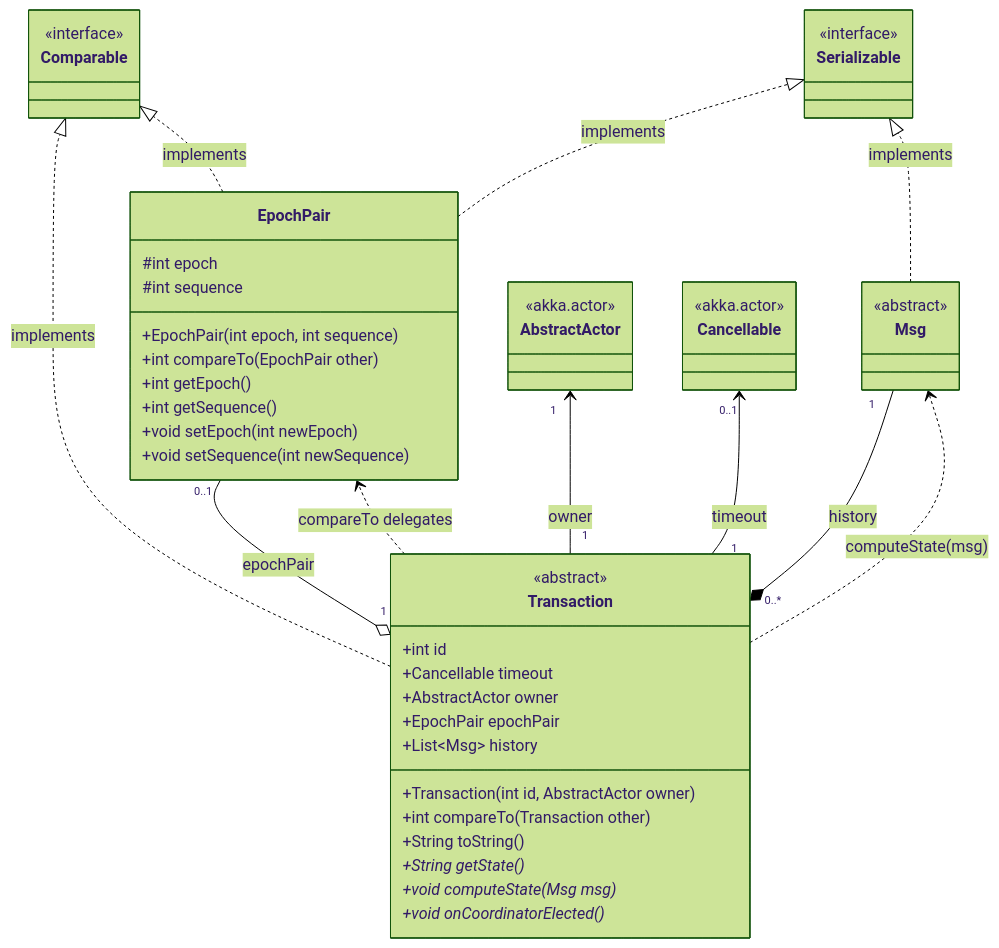
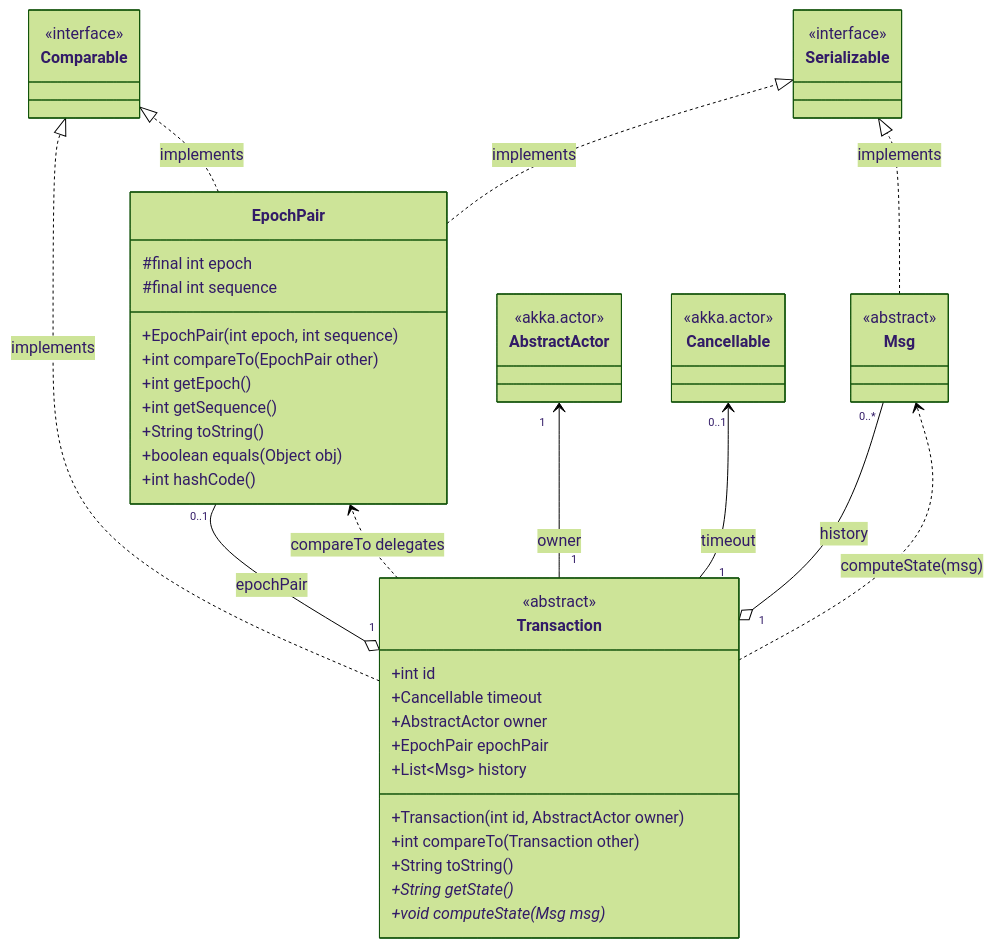
Before and after one commit to alanmasu/CoreDump_DS_Project: the diagram in charts/TransactionClass_UML.mmd, drawn with Mermaid. The commit also changed 1 other file, not shown here.

Commit message:
refactor: Update EpochPair class UNK with final attributes and add equals/hashCode methods

```diff
--- a/charts/TransactionClass_UML.mmd
+++ b/charts/TransactionClass_UML.mmd
@@ -1,87 +1,87 @@
 ---
 config:
   theme: forest
 ---
 classDiagram
 
     direction BT
     
     class Transaction {
         <<abstract>>
         +int id
         +Cancellable timeout
         +AbstractActor owner
         +EpochPair epochPair
         +List~Msg~ history
         +Transaction(int id, AbstractActor owner)
         +int compareTo(Transaction other)
         +String toString()
         +String getState()*
         +void computeState(Msg msg)*
-        +void onCoordinatorElected()*
     }
 
     class EpochPair {
-        #int epoch
-        #int sequence
+        #final int epoch
+        #final int sequence
         +EpochPair(int epoch, int sequence)
         +int compareTo(EpochPair other)
         +int getEpoch()
         +int getSequence()
-        +void setEpoch(int newEpoch)
-        +void setSequence(int newSequence)
+        +String toString()
+        +boolean equals(Object obj)
+        +int hashCode()
     }
 
     class Msg {
         <<abstract>>
     }
 
     class Comparable {
         <<interface>>
     }
 
     class Serializable {
         <<interface>>
     }
 
     class AbstractActor {
         <<akka.actor>>
     }
 
     class Cancellable {
         <<akka.actor>>
     }
 
     %% ------------------------------------------------------------------
     %% Legend of the notation used below
     %%   ..|>  realization  : "implements" an interface (dashed + hollow triangle)
     %%   --|>  inheritance  : "extends" a class         (solid  + hollow triangle)
     %%   *--   composition  : the part is created by the whole and dies with it
     %%   o--   aggregation  : the part is injected from outside, outlives the whole
     %%   -->   association  : the source keeps a *field* referencing the target
     %%   ..>   dependency   : the target only appears in a signature / local scope
     %% Diamonds (*-- and o--) are always drawn on the side of the "whole".
     %% Multiplicities read towards the far end: "1" A --> "0..*" B = one A, many B.
     %% ------------------------------------------------------------------
 
     %% realization: Transaction implements Comparable<Transaction> (orders by epochPair)
     Transaction ..|> Comparable : implements
     %% realization: EpochPair implements Comparable<EpochPair> (epoch first, then sequence)
     EpochPair ..|> Comparable : implements
     %% realization: EpochPair implements Serializable so it can travel over the network
     EpochPair ..|> Serializable : implements
     %% realization: Msg implements Serializable so messages can travel over the network
     Msg ..|> Serializable : implements
 
     %% aggregation: epochPair is null at construction and assigned later by the owner
     Transaction "1" o-- "0..1" EpochPair : epochPair
-    %% composition: the history list is allocated in the constructor and dies with the transaction
-    Transaction "0..*" *-- "1" Msg : history
+    %% aggregation: a transaction stores references to the messages it has processed
+    Transaction "1" o-- "0..*" Msg : history
     %% association: field pointing to the actor that owns the transaction; the actor outlives it
     Transaction "1" --> "1" AbstractActor : owner
     %% association: field holding the scheduled timeout, null until a timer is armed
     Transaction "1" --> "0..1" Cancellable : timeout
     %% dependency: Msg appears as a parameter of computeState(), no state is kept
     Transaction ..> Msg : computeState(msg)
     %% dependency: compareTo() delegates the ordering to EpochPair.compareTo()
     Transaction ..> EpochPair : compareTo delegates
```
